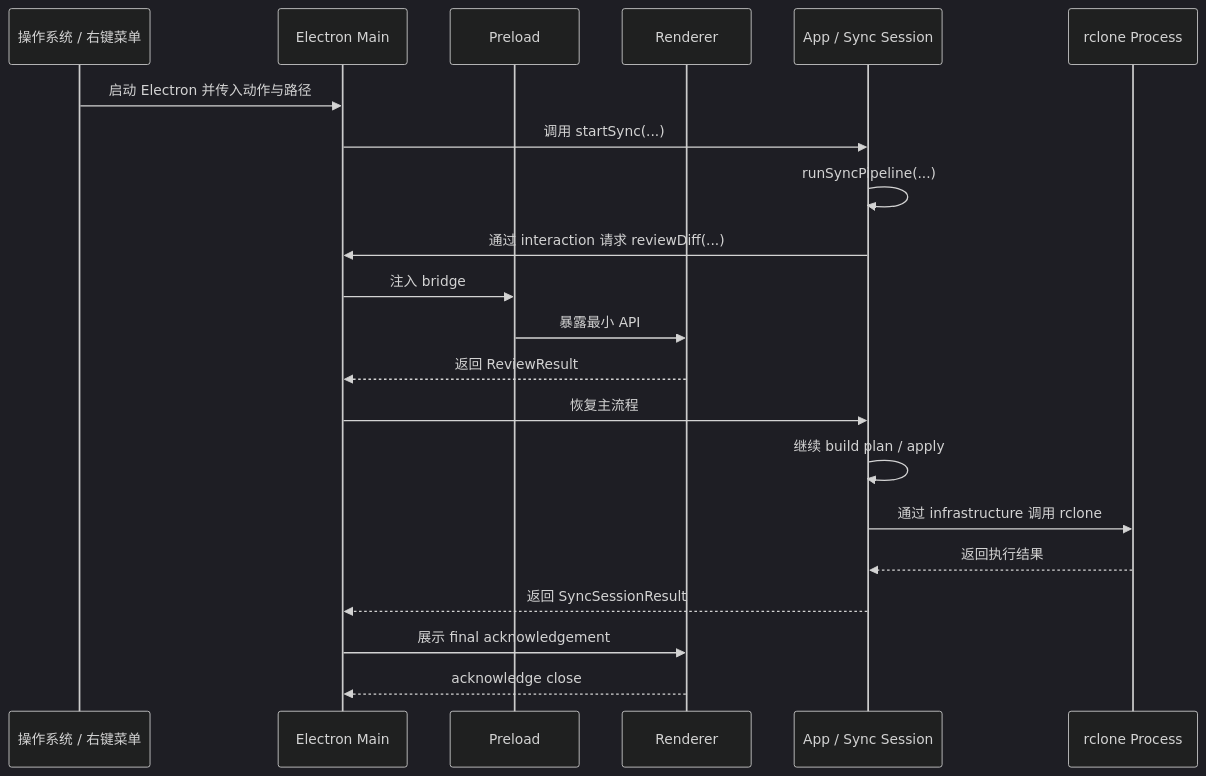
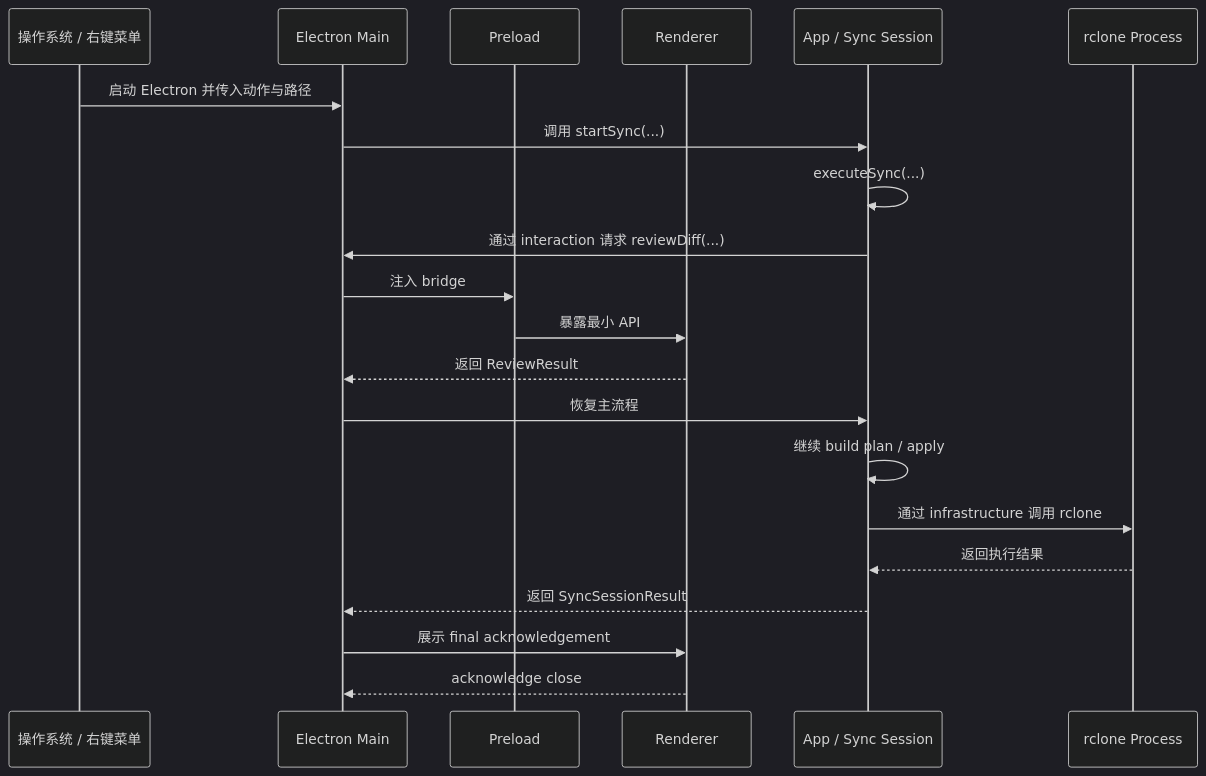
The second of 4 diagrams in docs/Architecture.md (agalloch21/sync-with-rclone), drawn with Mermaid (dark theme) before and after one commit. The commit also changed other lines of this file and 17 other files, not shown here.

````diff
--- a/docs/Architecture.md
+++ b/docs/Architecture.md
@@ -96,24 +98,24 @@
 ```mermaid
 sequenceDiagram
   participant OS as 操作系统 / 右键菜单
   participant EM as Electron Main
   participant PL as Preload
   participant RD as Renderer
   participant APP as App / Sync Session
   participant RC as rclone Process
 
   OS->>EM: 启动 Electron 并传入动作与路径
   EM->>APP: 调用 startSync(...)
-  APP->>APP: runSyncPipeline(...)
+  APP->>APP: executeSync(...)
   APP->>EM: 通过 interaction 请求 reviewDiff(...)
   EM->>PL: 注入 bridge
   PL->>RD: 暴露最小 API
   RD-->>EM: 返回 ReviewResult
   EM->>APP: 恢复主流程
   APP->>APP: 继续 build plan / apply
   APP->>RC: 通过 infrastructure 调用 rclone
   RC-->>APP: 返回执行结果
   APP-->>EM: 返回 SyncSessionResult
   EM->>RD: 展示 final acknowledgement
   RD-->>EM: acknowledge close
 ```
````
